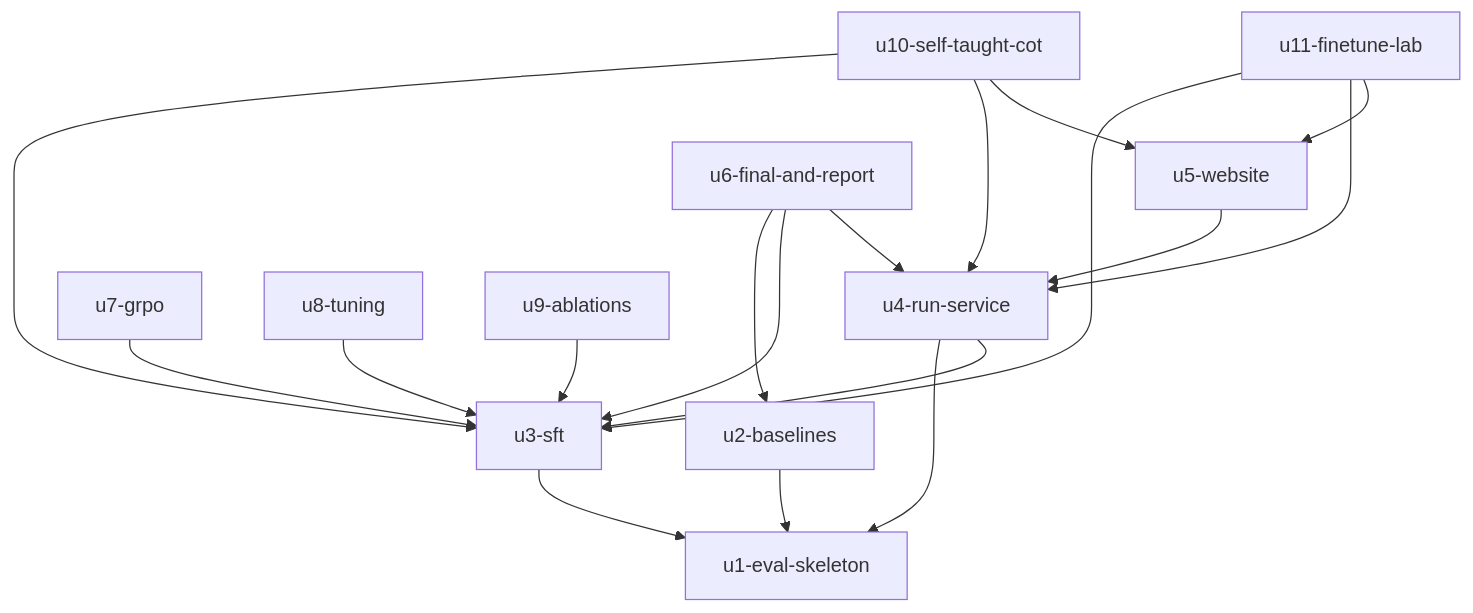
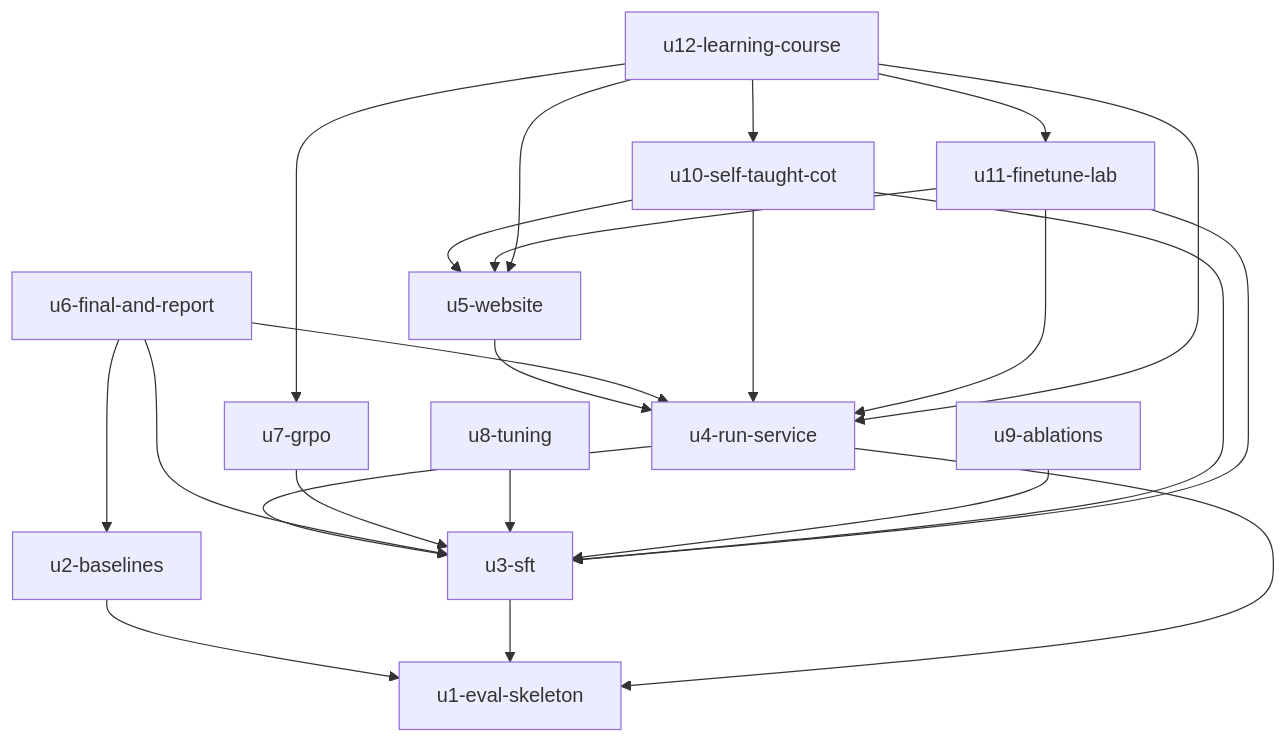
One commit to Nodolas/idea-gsm8k-finetune changed the diagram in aidlc/spaces/default/intents/261030-gsm8k-finetune/inception/units-generation/unit-of-work-dependency.md. Above: the diagram before and after it, drawn with Mermaid. The commit also changed other lines of this file and 8 other files, not shown here.

First line of the commit message:
spec(u12-learning-course): a hands-on learning course with a progress tracker; u7-grpo back in

````diff
--- a/aidlc/spaces/default/intents/261030-gsm8k-finetune/inception/units-generation/unit-of-work-dependency.md
+++ b/aidlc/spaces/default/intents/261030-gsm8k-finetune/inception/units-generation/unit-of-work-dependency.md
@@ -39,20 +47,25 @@
 ```mermaid
 graph TD
   u2-baselines --> u1-eval-skeleton
   u3-sft --> u1-eval-skeleton
   u4-run-service --> u1-eval-skeleton
   u4-run-service --> u3-sft
   u5-website --> u4-run-service
   u6-final-and-report --> u2-baselines
   u6-final-and-report --> u3-sft
   u6-final-and-report --> u4-run-service
   u7-grpo --> u3-sft
   u8-tuning --> u3-sft
   u9-ablations --> u3-sft
   u10-self-taught-cot --> u3-sft
   u10-self-taught-cot --> u4-run-service
   u10-self-taught-cot --> u5-website
   u11-finetune-lab --> u3-sft
   u11-finetune-lab --> u4-run-service
   u11-finetune-lab --> u5-website
+  u12-learning-course --> u4-run-service
+  u12-learning-course --> u5-website
+  u12-learning-course --> u7-grpo
+  u12-learning-course --> u10-self-taught-cot
+  u12-learning-course --> u11-finetune-lab
 ```
````
